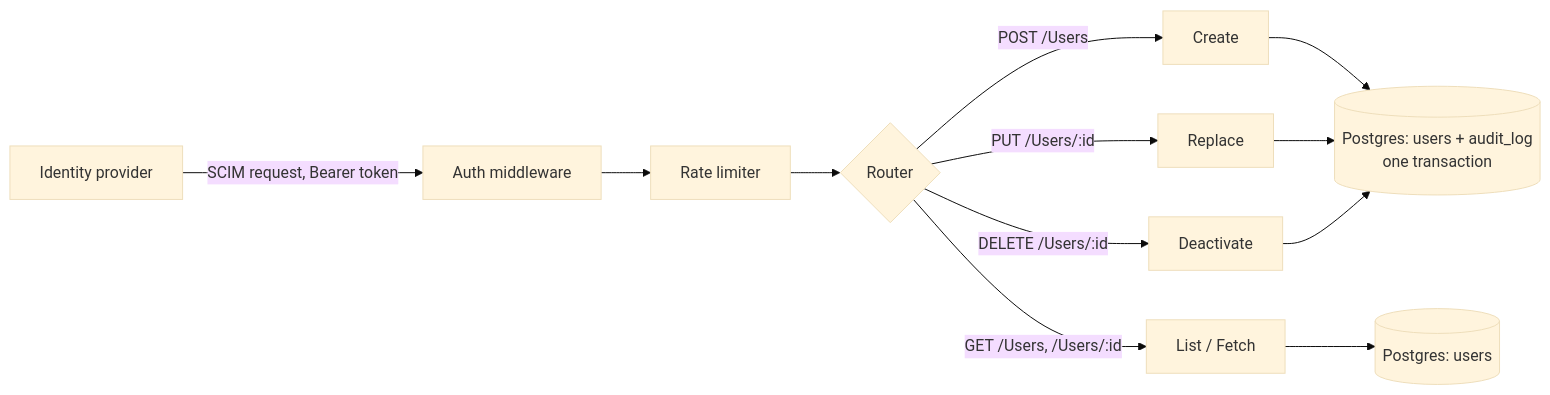
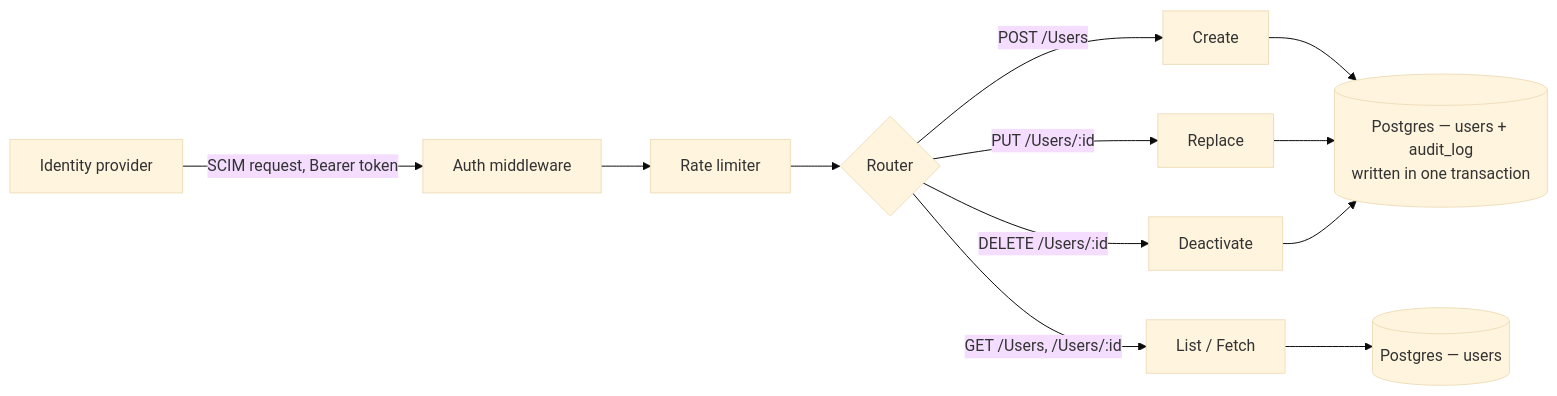
Before and after one commit to meghamahna/SCIMage: the diagram in README.md, drawn with Mermaid (base theme).

Commit message:
docs: quote mermaid node labels
A label containing <br/> inside a cylinder node renders unreliably
unquoted. The architecture diagram is the first thing on the README, so
it is worth the defensive quoting.

The diagram intentionally shows the built request path only. Phases 8-13
are drawn nowhere: the previous version showed SAGE as an existing
component, which is the kind of claim that costs a reader trust in the
rest of the page.

````diff
--- a/README.md
+++ b/README.md
@@ -40,14 +40,14 @@
 ```mermaid
 flowchart LR
     IDP[Identity provider] -->|SCIM request, Bearer token| AUTH[Auth middleware]
     AUTH --> RL[Rate limiter]
     RL --> ROUTER{Router}
     ROUTER -->|POST /Users| CREATE[Create]
     ROUTER -->|GET /Users, /Users/:id| READ[List / Fetch]
     ROUTER -->|PUT /Users/:id| UPDATE[Replace]
     ROUTER -->|DELETE /Users/:id| DEACTIVATE[Deactivate]
-    CREATE --> TX[(Postgres: users + audit_log<br/>one transaction)]
+    CREATE --> TX[("Postgres — users + audit_log<br/>written in one transaction")]
     UPDATE --> TX
     DEACTIVATE --> TX
-    READ --> DB[(Postgres: users)]
+    READ --> DB[("Postgres — users")]
 ```
````
